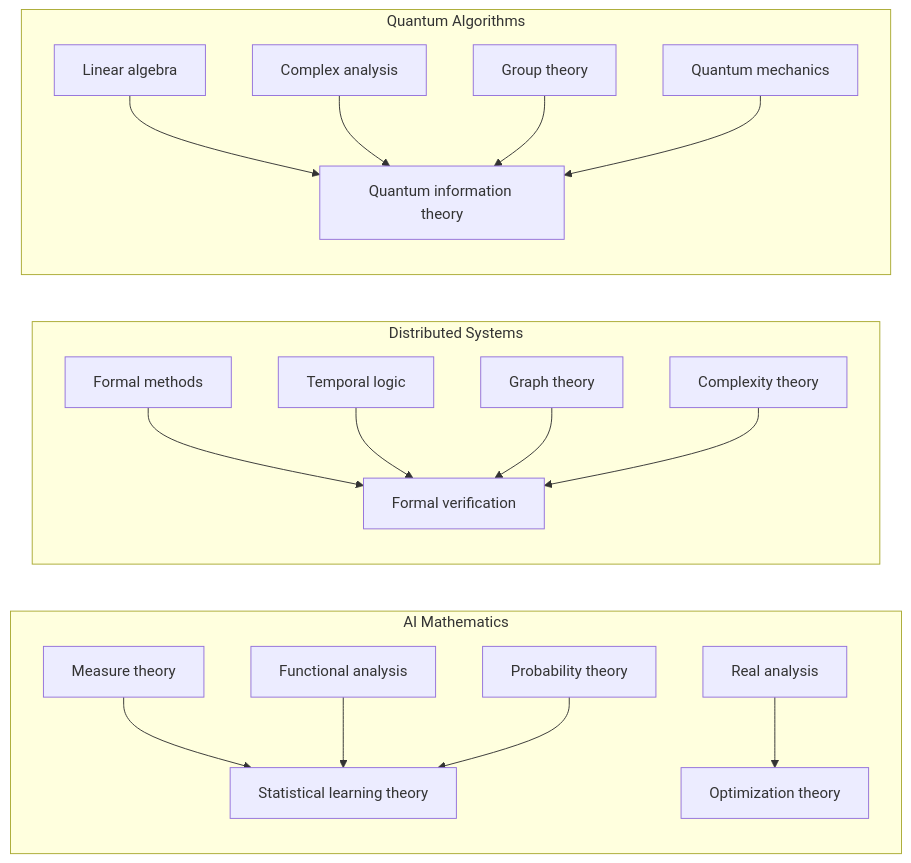
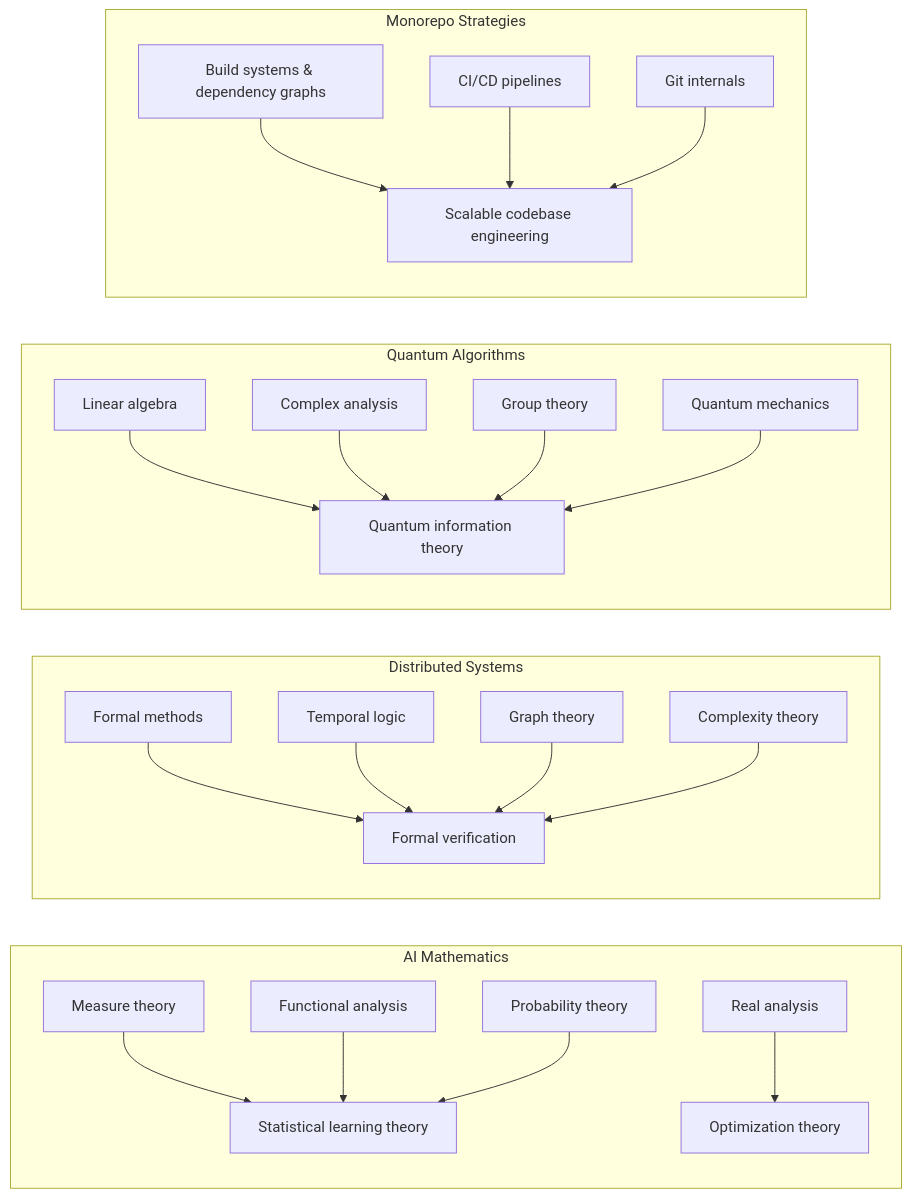
One commit to AndrewAltimit/Documentation changed the first of 2 diagrams in github-pages/docs/advanced/index.md. Above: the diagram before and after it, drawn with Mermaid. The commit also changed other lines of this file and 16 other files, not shown here.

````diff
--- a/github-pages/docs/advanced/index.md
+++ b/github-pages/docs/advanced/index.md
@@ -85,21 +85,26 @@
 ```mermaid
 flowchart LR
     subgraph AI["AI Mathematics"]
       MT["Measure theory"] --> SLT["Statistical learning theory"]
       FA["Functional analysis"] --> SLT
       PT["Probability theory"] --> SLT
       RA["Real analysis"] --> OPT["Optimization theory"]
     end
     subgraph DS["Distributed Systems"]
       FM["Formal methods"] --> FV["Formal verification"]
       TL["Temporal logic"] --> FV
       GT["Graph theory"] --> FV
       CT["Complexity theory"] --> FV
     end
     subgraph QA["Quantum Algorithms"]
       LA["Linear algebra"] --> QI["Quantum information theory"]
       CA["Complex analysis"] --> QI
       GR["Group theory"] --> QI
       QM["Quantum mechanics"] --> QI
     end
+    subgraph MR["Monorepo Strategies"]
+      BG["Build systems &amp; dependency graphs"] --> SE["Scalable codebase engineering"]
+      CICD["CI/CD pipelines"] --> SE
+      GI["Git internals"] --> SE
+    end
 ```
````
